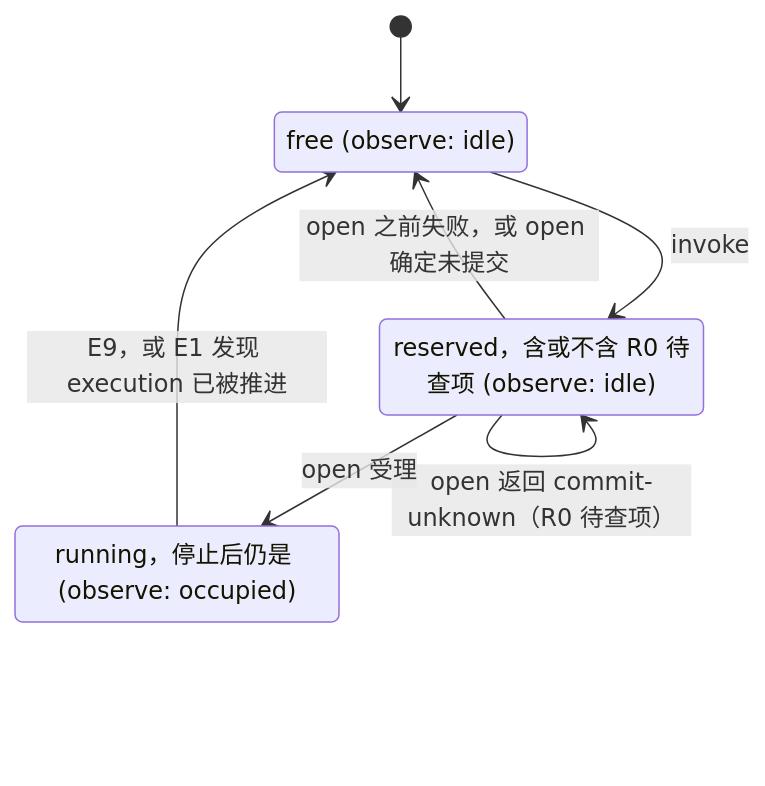
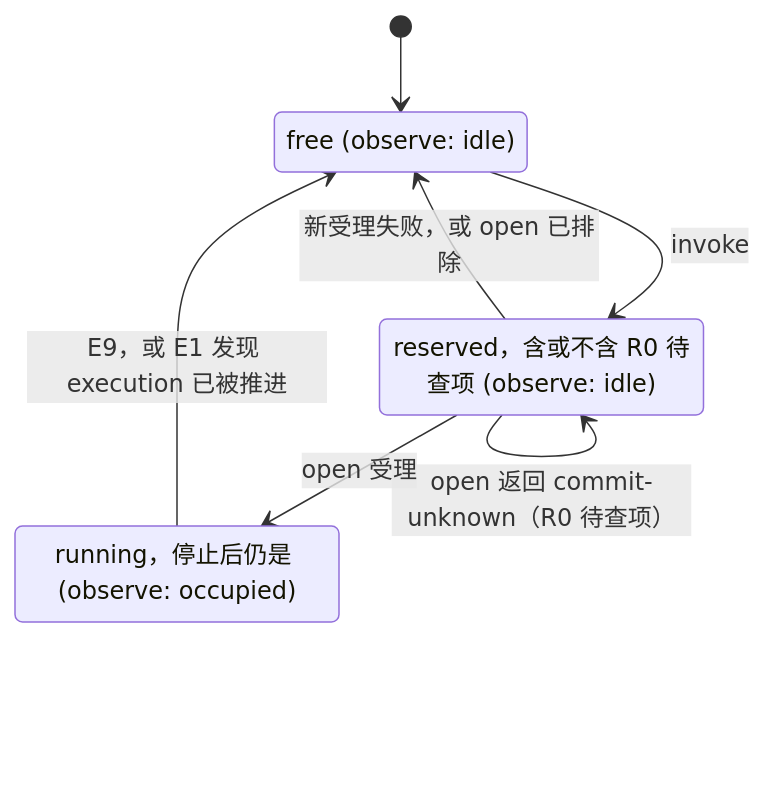
One commit to nemori-ai/omne-harness-lite changed the second of 2 diagrams in packages/agent/agent/README_ZH.md. Above: the diagram before and after it, drawn with Mermaid. The commit also changed other lines of this file and 9 other files, not shown here.

````diff
--- a/packages/agent/agent/README_ZH.md
+++ b/packages/agent/agent/README_ZH.md
@@ -87,12 +89,12 @@
 ```mermaid
 stateDiagram-v2
     state "free (observe: idle)" as free
     state "reserved，含或不含 R0 待查项 (observe: idle)" as reserved
     state "running，停止后仍是 (observe: occupied)" as running
     [*] --> free
     free --> reserved: invoke
-    reserved --> free: open 之前失败，或 open 确定未提交
+    reserved --> free: 新受理失败，或 open 已排除
     reserved --> reserved: open 返回 commit-unknown（R0 待查项）
     reserved --> running: open 受理
     running --> free: E9，或 E1 发现 execution 已被推进
 ```
````
